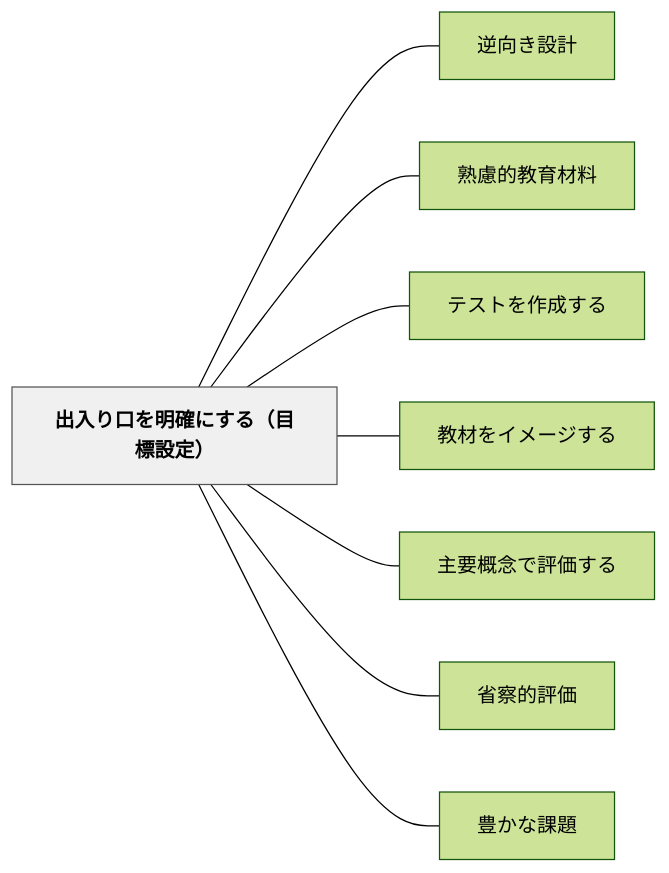
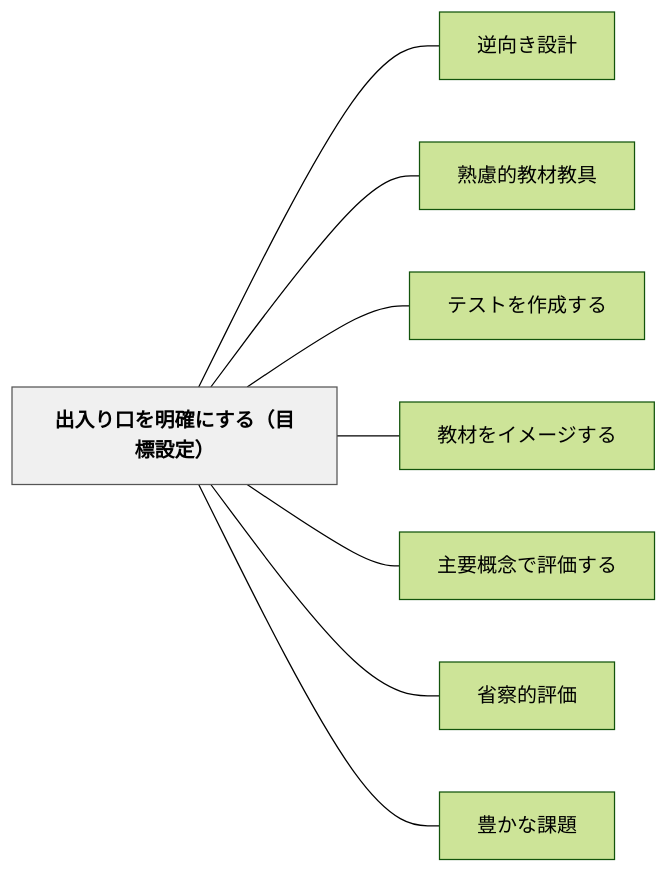
Before and after one commit to unknownthings-ed-patterns/unknownthings-ed-patterns: the diagram in content/パタン/出入り口を明確にする（目標設定）.md, drawn with Mermaid (forest theme). The commit also changed other lines of this file and 72 other files, not shown here.

````diff
--- a/content/パタン/出入り口を明確にする（目標設定）.md
+++ b/content/パタン/出入り口を明確にする（目標設定）.md
@@ -50,22 +50,22 @@
 ```mermaid
 flowchart LR
     ne587bae585a5e3828ae58fa3e38292e6988ee7a2bae381abe38199e3828befbc88e79baee6a899e8a8ade5ae9aefbc89["出入り口を明確にする（目標設定）"]
     ne98086e59091e3818de8a8ade8a888["逆向き設計"]
-    ne7869fe685aee79a84e69599e882b2e69d90e69699["熟慮的教育材料"]
+    ne7869fe685aee79a84e69599e69d90e69599e585b7["熟慮的教材教具"]
     ne38386e382b9e38388e38292e4bd9ce68890e38199e3828b["テストを作成する"]
     ne69599e69d90e38292e382a4e383a1e383bce382b8e38199e3828b["教材をイメージする"]
     ne4b8bbe8a681e6a682e5bfb5e381a7e8a995e4bea1e38199e3828b["主要概念で評価する"]
     ne79c81e5af9fe79a84e8a995e4bea1["省察的評価"]
     ne8b18ae3818be381aae8aab2e9a18c["豊かな課題"]
 
     ne587bae585a5e3828ae58fa3e38292e6988ee7a2bae381abe38199e3828befbc88e79baee6a899e8a8ade5ae9aefbc89 --- ne98086e59091e3818de8a8ade8a888
-    ne587bae585a5e3828ae58fa3e38292e6988ee7a2bae381abe38199e3828befbc88e79baee6a899e8a8ade5ae9aefbc89 --- ne7869fe685aee79a84e69599e882b2e69d90e69699
+    ne587bae585a5e3828ae58fa3e38292e6988ee7a2bae381abe38199e3828befbc88e79baee6a899e8a8ade5ae9aefbc89 --- ne7869fe685aee79a84e69599e69d90e69599e585b7
     ne587bae585a5e3828ae58fa3e38292e6988ee7a2bae381abe38199e3828befbc88e79baee6a899e8a8ade5ae9aefbc89 --- ne38386e382b9e38388e38292e4bd9ce68890e38199e3828b
     ne587bae585a5e3828ae58fa3e38292e6988ee7a2bae381abe38199e3828befbc88e79baee6a899e8a8ade5ae9aefbc89 --- ne69599e69d90e38292e382a4e383a1e383bce382b8e38199e3828b
     ne587bae585a5e3828ae58fa3e38292e6988ee7a2bae381abe38199e3828befbc88e79baee6a899e8a8ade5ae9aefbc89 --- ne4b8bbe8a681e6a682e5bfb5e381a7e8a995e4bea1e38199e3828b
     ne587bae585a5e3828ae58fa3e38292e6988ee7a2bae381abe38199e3828befbc88e79baee6a899e8a8ade5ae9aefbc89 --- ne79c81e5af9fe79a84e8a995e4bea1
     ne587bae585a5e3828ae58fa3e38292e6988ee7a2bae381abe38199e3828befbc88e79baee6a899e8a8ade5ae9aefbc89 --- ne8b18ae3818be381aae8aab2e9a18c
 
     classDef hub fill:#f0f0f0,stroke:#555,color:#000,font-weight:bold
     class ne587bae585a5e3828ae58fa3e38292e6988ee7a2bae381abe38199e3828befbc88e79baee6a899e8a8ade5ae9aefbc89 hub
 ```
````
